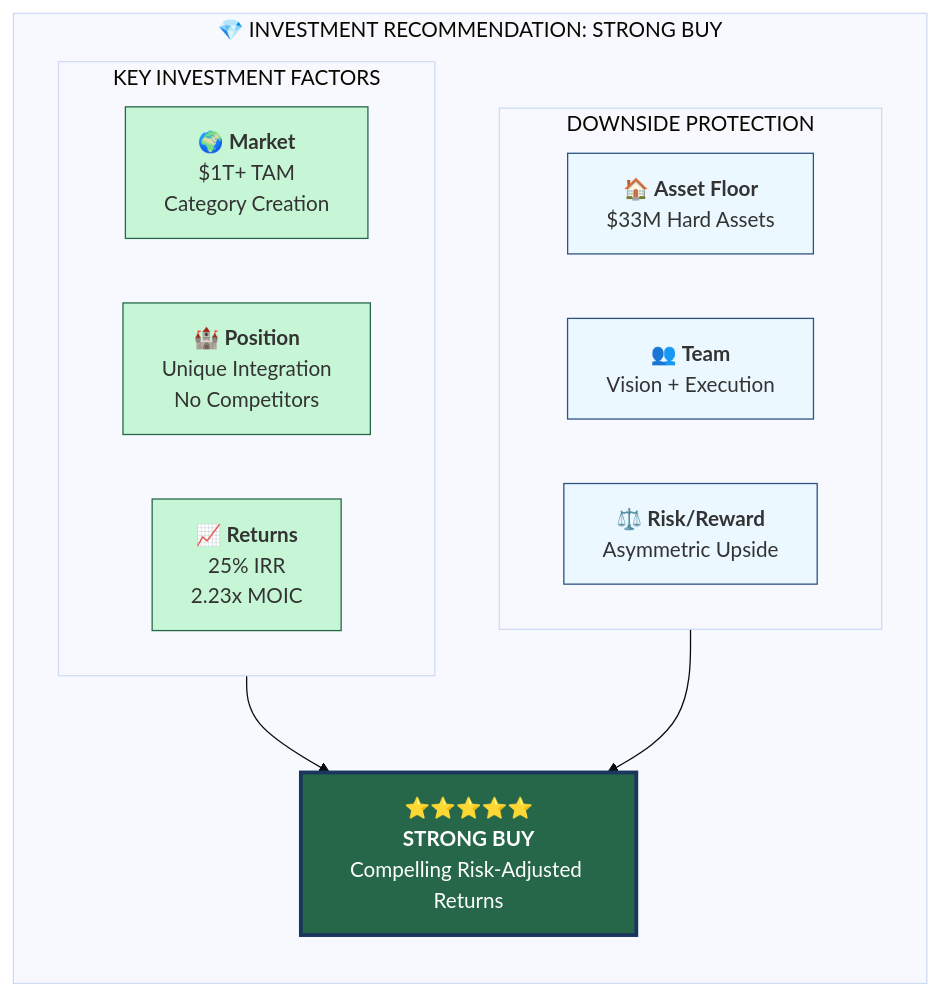
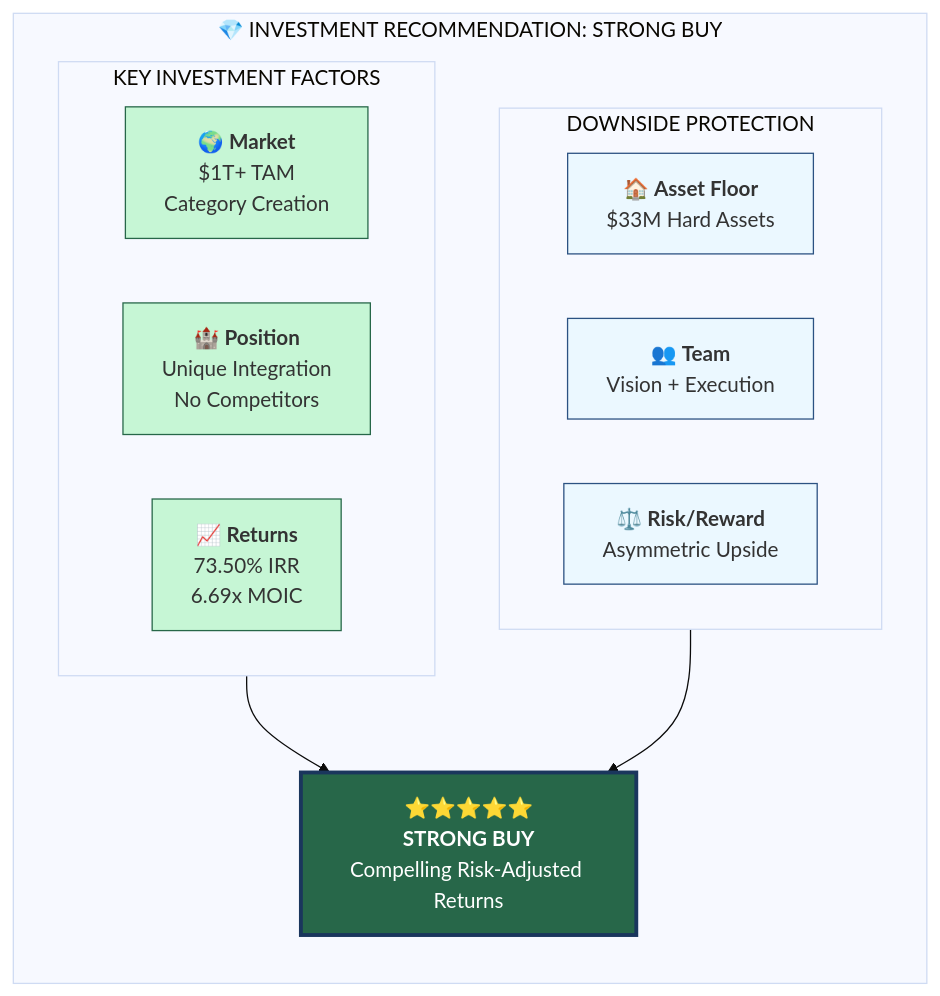
Diagram 35 of 41 in docs/pitch-packet/AI_VALUATION_REPORT_VISUAL.md (Light-Brands/epic-center), drawn with Mermaid before and after one commit. The commit also changed other lines of this file and 54 other files, not shown here.

````diff
--- a/docs/pitch-packet/AI_VALUATION_REPORT_VISUAL.md
+++ b/docs/pitch-packet/AI_VALUATION_REPORT_VISUAL.md
@@ -1664,34 +1664,34 @@
 ```mermaid
 %%{init: {'theme': 'base'}}%%
 flowchart TB
     subgraph RECOMMENDATION["💎 INVESTMENT RECOMMENDATION: STRONG BUY"]
         direction TB
 
         subgraph FACTORS["KEY INVESTMENT FACTORS"]
             direction LR
             F1["🌍 <b>Market</b><br/>$1T+ TAM<br/>Category Creation"]
             F2["🏰 <b>Position</b><br/>Unique Integration<br/>No Competitors"]
-            F3["📈 <b>Returns</b><br/>25% IRR<br/>2.23x MOIC"]
+            F3["📈 <b>Returns</b><br/>73.50% IRR<br/>6.69x MOIC"]
         end
 
         subgraph PROTECTION["DOWNSIDE PROTECTION"]
             direction LR
             P1["🏠 <b>Asset Floor</b><br/>$33M Hard Assets"]
             P2["👥 <b>Team</b><br/>Vision + Execution"]
             P3["⚖️ <b>Risk/Reward</b><br/>Asymmetric Upside"]
         end
 
         VERDICT["⭐⭐⭐⭐⭐<br/><b>STRONG BUY</b><br/>Compelling Risk-Adjusted Returns"]
 
         FACTORS --> VERDICT
         PROTECTION --> VERDICT
     end
 
     style F1 fill:#c6f6d5,stroke:#276749
     style F2 fill:#c6f6d5,stroke:#276749
     style F3 fill:#c6f6d5,stroke:#276749
     style P1 fill:#ebf8ff,stroke:#2c5282
     style P2 fill:#ebf8ff,stroke:#2c5282
     style P3 fill:#ebf8ff,stroke:#2c5282
     style VERDICT fill:#276749,stroke:#1a365d,stroke-width:3px,color:#fff
 ```
````
